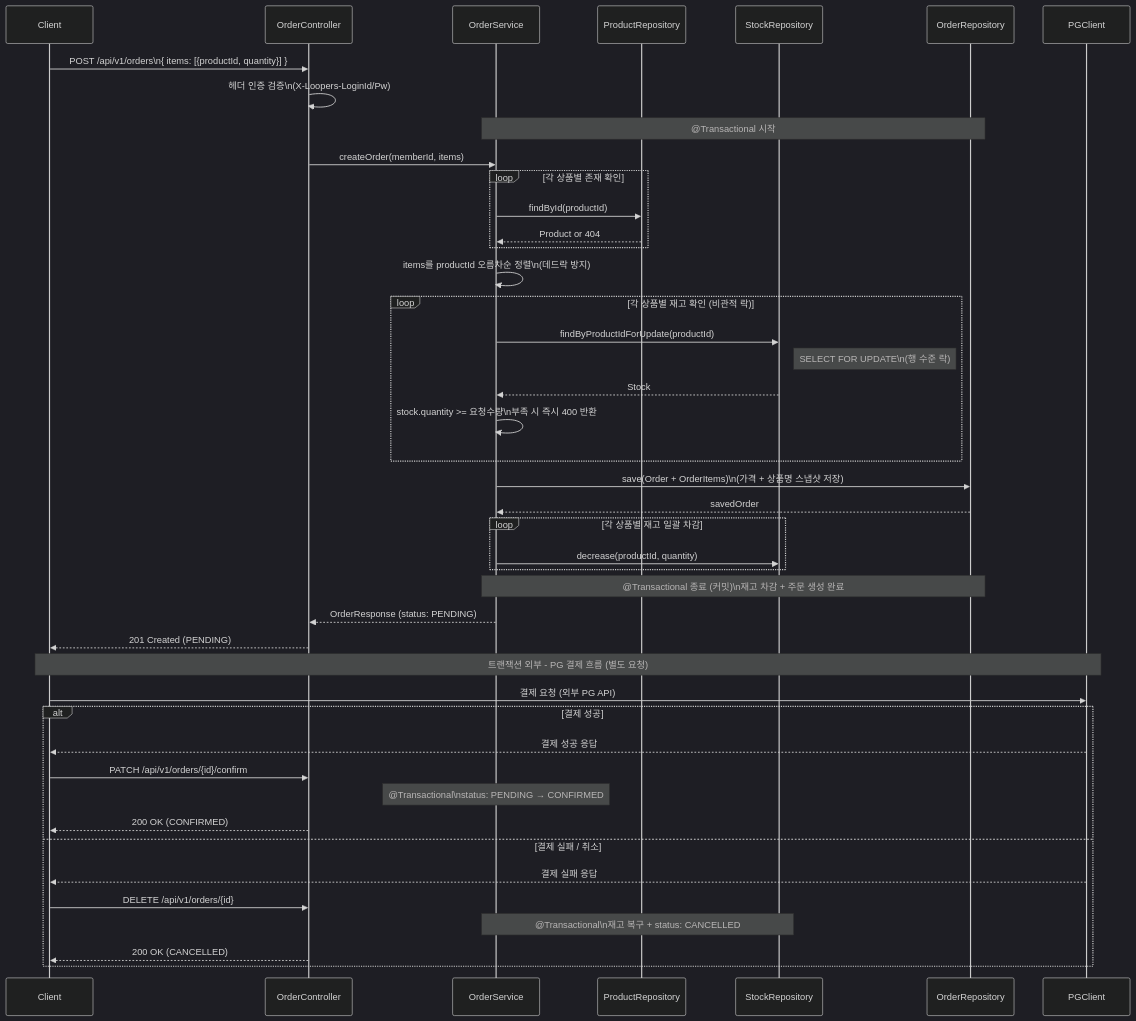
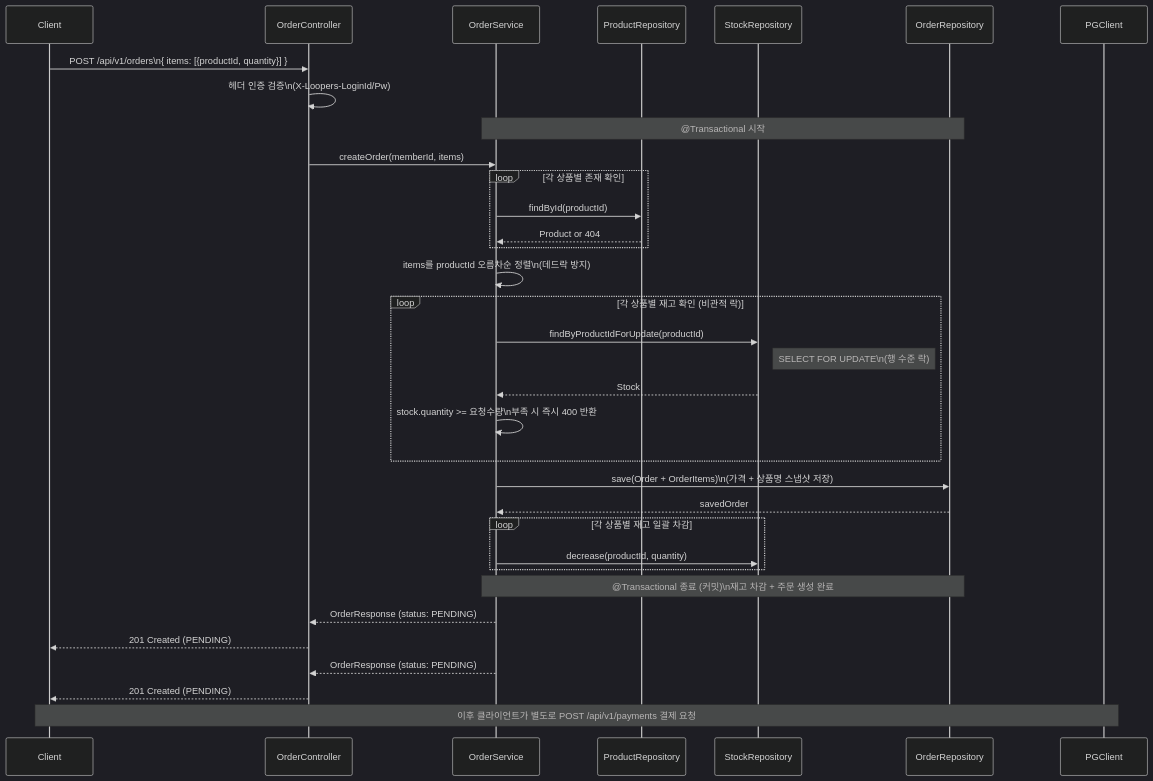
Before and after one commit to loopers-labs/loop-pack-be-l2-vol4-java: the first of 7 diagrams in .docs/design/02-sequence-diagrams.md, drawn with Mermaid (dark theme). The commit also changed other lines of this file and 4 other files, not shown here.

````diff
--- a/.docs/design/02-sequence-diagrams.md
+++ b/.docs/design/02-sequence-diagrams.md
@@ -32,59 +35,48 @@
 ```mermaid
 sequenceDiagram
     participant Client
     participant OrderController
     participant OrderService
     participant ProductRepository
     participant StockRepository
     participant OrderRepository
     participant PGClient
 
     Client->>OrderController: POST /api/v1/orders\n{ items: [{productId, quantity}] }
     OrderController->>OrderController: 헤더 인증 검증\n(X-Loopers-LoginId/Pw)
 
     Note over OrderService,OrderRepository: @Transactional 시작
 
     OrderController->>OrderService: createOrder(memberId, items)
 
     loop 각 상품별 존재 확인
         OrderService->>ProductRepository: findById(productId)
         ProductRepository-->>OrderService: Product or 404
     end
 
     OrderService->>OrderService: items를 productId 오름차순 정렬\n(데드락 방지)
 
     loop 각 상품별 재고 확인 (비관적 락)
         OrderService->>StockRepository: findByProductIdForUpdate(productId)
         Note right of StockRepository: SELECT FOR UPDATE\n(행 수준 락)
         StockRepository-->>OrderService: Stock
         OrderService->>OrderService: stock.quantity >= 요청수량\n부족 시 즉시 400 반환
     end
 
     OrderService->>OrderRepository: save(Order + OrderItems)\n(가격 + 상품명 스냅샷 저장)
     OrderRepository-->>OrderService: savedOrder
 
     loop 각 상품별 재고 일괄 차감
         OrderService->>StockRepository: decrease(productId, quantity)
     end
 
     Note over OrderService,OrderRepository: @Transactional 종료 (커밋)\n재고 차감 + 주문 생성 완료
 
     OrderService-->>OrderController: OrderResponse (status: PENDING)
     OrderController-->>Client: 201 Created (PENDING)
 
-    Note over Client,PGClient: 트랜잭션 외부 - PG 결제 흐름 (별도 요청)
+    OrderService-->>OrderController: OrderResponse (status: PENDING)
+    OrderController-->>Client: 201 Created (PENDING)
 
-    Client->>PGClient: 결제 요청 (외부 PG API)
-
-    alt 결제 성공
-        PGClient-->>Client: 결제 성공 응답
-        Client->>OrderController: PATCH /api/v1/orders/{id}/confirm
-        Note over OrderService: @Transactional\nstatus: PENDING → CONFIRMED
-        OrderController-->>Client: 200 OK (CONFIRMED)
-    else 결제 실패 / 취소
-        PGClient-->>Client: 결제 실패 응답
-        Client->>OrderController: DELETE /api/v1/orders/{id}
-        Note over OrderService,StockRepository: @Transactional\n재고 복구 + status: CANCELLED
-        OrderController-->>Client: 200 OK (CANCELLED)
-    end
+    Note over Client,PGClient: 이후 클라이언트가 별도로 POST /api/v1/payments 결제 요청
 ```
````
